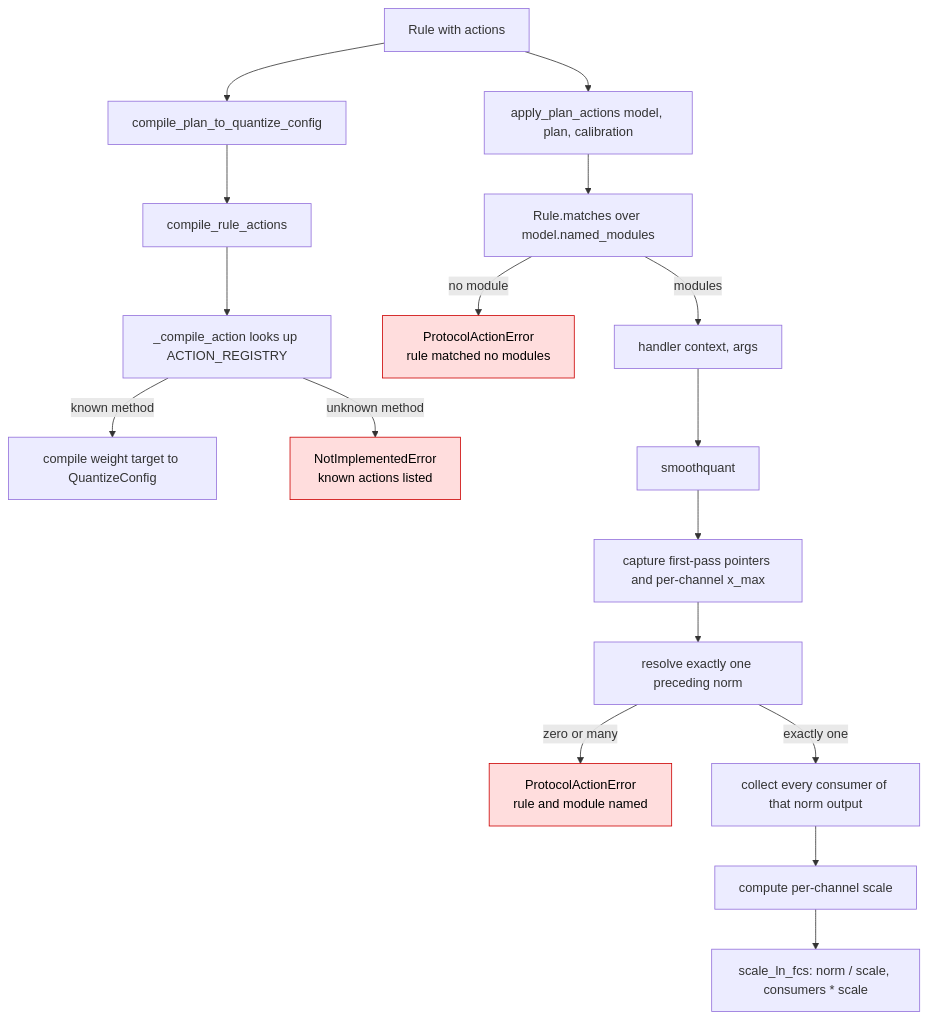
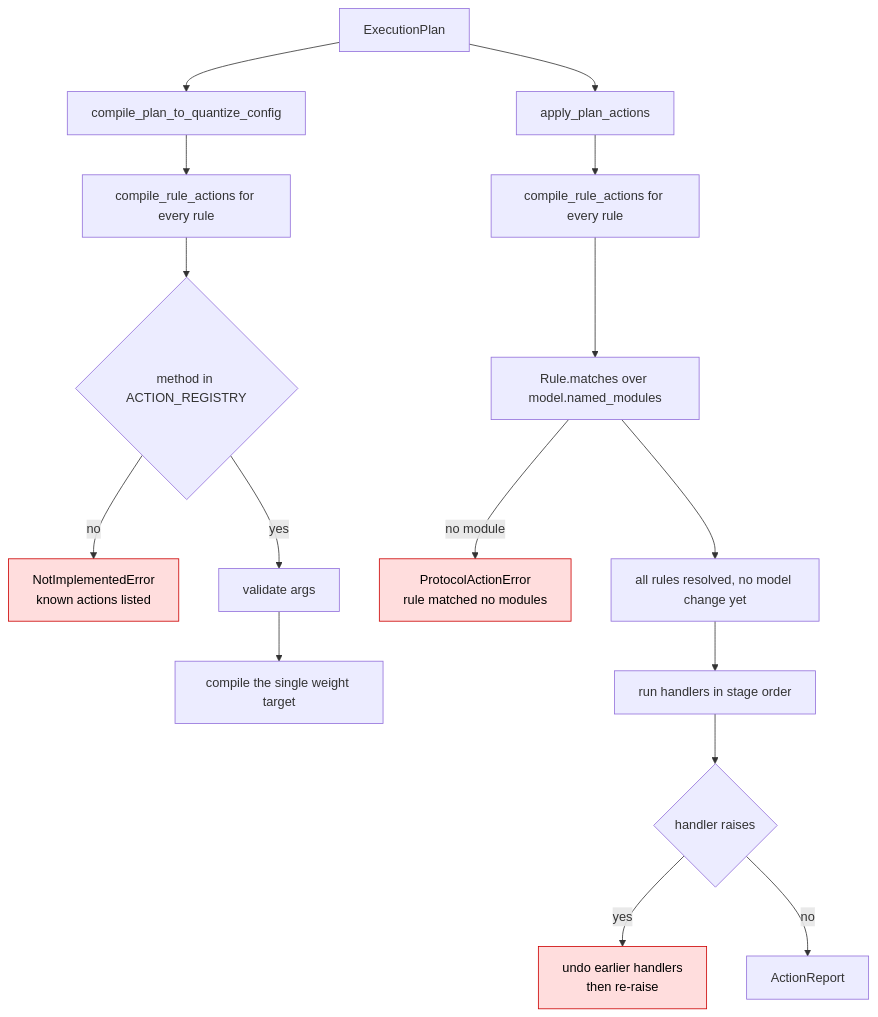
Before and after one commit to ModelCloud/GPTQModel: the first of 2 diagrams in docs/protocol-actions.md, drawn with Mermaid. The commit also changed other lines of this file and 5 other files, not shown here.

Commit message:
fix(protocol): resolve smoothquant by tensor identity and verify each fold (#4117)

````diff
--- a/docs/protocol-actions.md
+++ b/docs/protocol-actions.md
@@ -41,22 +48,21 @@
 ```mermaid
 flowchart TD
-    A["Rule with actions"] --> B["compile_plan_to_quantize_config"]
-    B --> C["compile_rule_actions"]
-    C --> D["_compile_action looks up ACTION_REGISTRY"]
-    D -->|"known method"| E["compile weight target to QuantizeConfig"]
-    D -->|"unknown method"| F["NotImplementedError<br/>known actions listed"]
-    A --> G["apply_plan_actions model, plan, calibration"]
-    G --> H["Rule.matches over model.named_modules"]
-    H -->|"no module"| I["ProtocolActionError<br/>rule matched no modules"]
-    H -->|"modules"| J["handler context, args"]
-    J --> K["smoothquant"]
-    K --> L["capture first-pass pointers and per-channel x_max"]
-    L --> M["resolve exactly one preceding norm"]
-    M -->|"zero or many"| N["ProtocolActionError<br/>rule and module named"]
-    M -->|"exactly one"| O["collect every consumer of that norm output"]
-    O --> P["compute per-channel scale"]
-    P --> Q["scale_ln_fcs: norm / scale, consumers * scale"]
+    A["ExecutionPlan"] --> B["compile_plan_to_quantize_config"]
+    B --> C["compile_rule_actions for every rule"]
+    C --> D{"method in ACTION_REGISTRY"}
+    D -->|"no"| E["NotImplementedError<br/>known actions listed"]
+    D -->|"yes"| F["validate args"]
+    F --> G["compile the single weight target"]
+    A --> H["apply_plan_actions"]
+    H --> I["compile_rule_actions for every rule"]
+    I --> J["Rule.matches over model.named_modules"]
+    J -->|"no module"| K["ProtocolActionError<br/>rule matched no modules"]
+    J --> L["all rules resolved, no model change yet"]
+    L --> M["run handlers in stage order"]
+    M --> N{"handler raises"}
+    N -->|"yes"| O["undo earlier handlers<br/>then re-raise"]
+    N -->|"no"| P["ActionReport"]
 
     classDef fail fill:#ffdddd,stroke:#cc0000,color:#000000;
-    class F,I,N fail;
+    class E,K,O fail;
 ```
````
